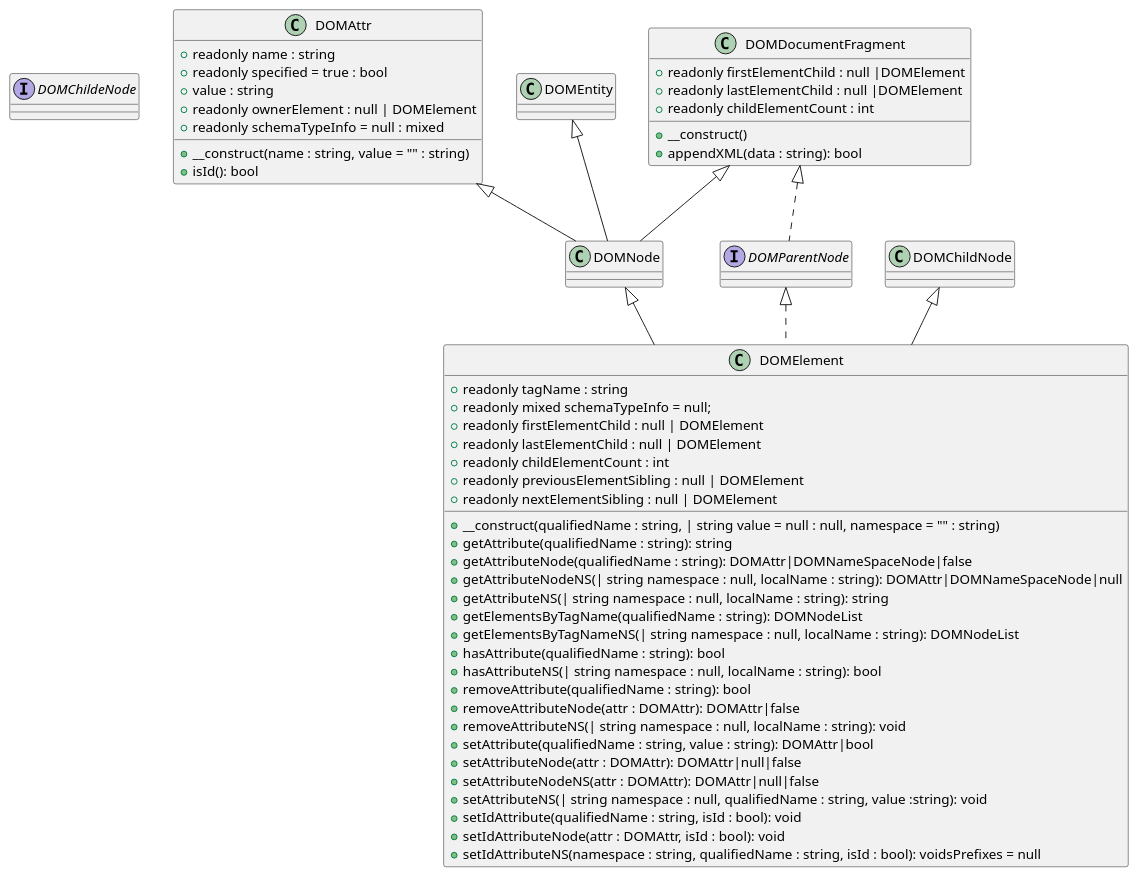
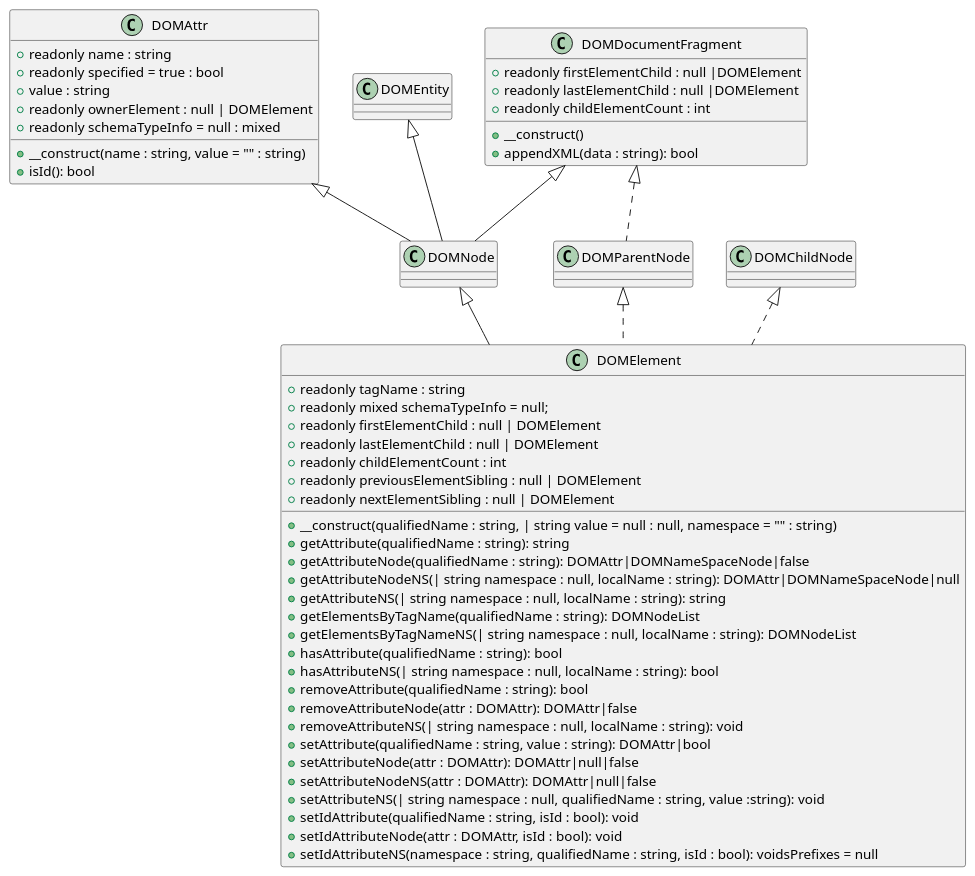
Before and after one commit to kurt-krueckeberg/understanding-dom: the diagram in dom/other.puml, drawn with PlantUML. The commit also changed 5 other files, not shown here.

```diff
--- a/dom/other.puml
+++ b/dom/other.puml
@@ -1,62 +1,59 @@
 @startuml
-interface DOMChildeNode
-interface DOMParentNode
-
 DOMNode       <|-- DOMElement
 DOMParentNode <|.. DOMElement
-DOMChildNode  <|-- DOMElement
+DOMChildNode  <|.. DOMElement
 
 class DOMElement {
   +readonly tagName : string
   +readonly mixed schemaTypeInfo = null;
   +readonly firstElementChild : null | DOMElement
   +readonly lastElementChild : null | DOMElement
   +readonly childElementCount : int
   +readonly previousElementSibling : null | DOMElement
   +readonly nextElementSibling : null | DOMElement
   +__construct(qualifiedName : string, | string value = null : null, namespace = "" : string)
   +getAttribute(qualifiedName : string): string
   +getAttributeNode(qualifiedName : string): DOMAttr|DOMNameSpaceNode|false
   +getAttributeNodeNS(| string namespace : null, localName : string): DOMAttr|DOMNameSpaceNode|null
   +getAttributeNS(| string namespace : null, localName : string): string
   +getElementsByTagName(qualifiedName : string): DOMNodeList
   +getElementsByTagNameNS(| string namespace : null, localName : string): DOMNodeList
   +hasAttribute(qualifiedName : string): bool
   +hasAttributeNS(| string namespace : null, localName : string): bool
   +removeAttribute(qualifiedName : string): bool
   +removeAttributeNode(attr : DOMAttr): DOMAttr|false
   +removeAttributeNS(| string namespace : null, localName : string): void
   +setAttribute(qualifiedName : string, value : string): DOMAttr|bool
   +setAttributeNode(attr : DOMAttr): DOMAttr|null|false
   +setAttributeNodeNS(attr : DOMAttr): DOMAttr|null|false
   +setAttributeNS(| string namespace : null, qualifiedName : string, value :string): void
   +setIdAttribute(qualifiedName : string, isId : bool): void
   +setIdAttributeNode(attr : DOMAttr, isId : bool): void
   +setIdAttributeNS(namespace : string, qualifiedName : string, isId : bool): voidsPrefixes = null
 }
 
 DOMAttr <|-- DOMNode 
 class DOMAttr {
   +readonly name : string
   +readonly specified = true : bool
   +value : string
   +readonly ownerElement : null | DOMElement
   +readonly schemaTypeInfo = null : mixed
   +__construct(name : string, value = "" : string)
   +isId(): bool
 }
 
 DOMEntity <|-- DOMNode
 
 DOMDocumentFragment <|-- DOMNode
 
 DOMDocumentFragment <|.. DOMParentNode
 
 class DOMDocumentFragment {
   +readonly firstElementChild : null |DOMElement
   +readonly lastElementChild : null |DOMElement
   +readonly childElementCount : int
   +__construct()
   +appendXML(data : string): bool
 }
 @enduml
```
